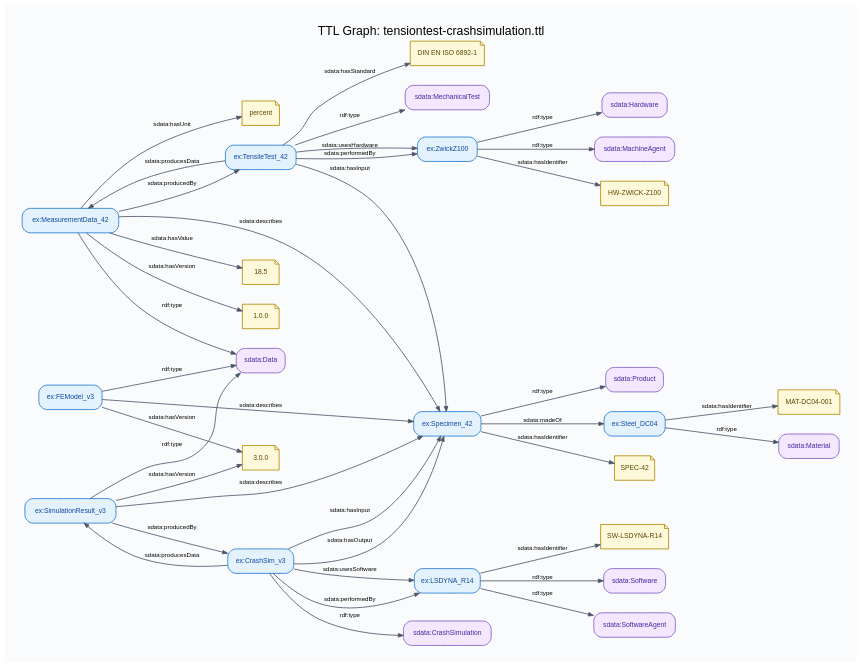
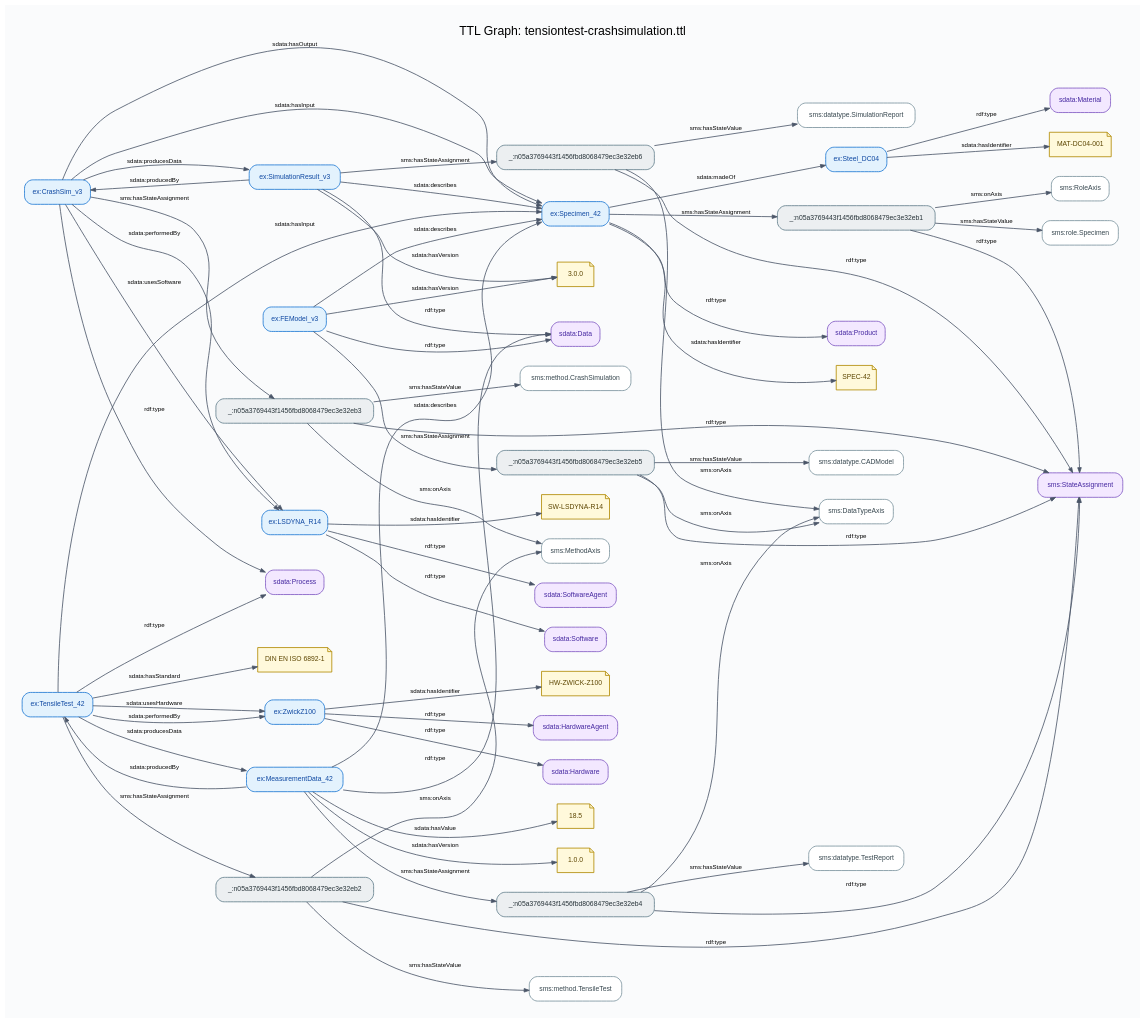
The diagram in docs/diagrams/tensiontest-crashsimulation-graph.dot (lepy/sdata-ontology), drawn with Graphviz before and after one commit. The commit also changed 44 other files, not shown here.

Commit message:
feat: migrate ontology to sdata-core v0.9.1 and refresh plots/docs

```diff
--- a/docs/diagrams/tensiontest-crashsimulation-graph.dot
+++ b/docs/diagrams/tensiontest-crashsimulation-graph.dot
@@ -26,25 +26,48 @@
 		fontsize=9,
 		penwidth=1.2
 	];
+	"uri::https://example.org/simulation/TensileTest_42"	[color="#1976D2",
+		fillcolor="#E3F2FD",
+		fontcolor="#0D47A1",
+		label="ex:TensileTest_42"];
 	"uri::https://example.org/simulation/MeasurementData_42"	[color="#1976D2",
 		fillcolor="#E3F2FD",
 		fontcolor="#0D47A1",
 		label="ex:MeasurementData_42"];
-	"lit::percent::::"	[color="#B08900",
+	"uri::https://example.org/simulation/TensileTest_42" -> "uri::https://example.org/simulation/MeasurementData_42"	[label="sdata:producesData"];
+	"lit::DIN EN ISO 6892-1::::"	[color="#B08900",
 		fillcolor="#FFF9DB",
 		fontcolor="#5C4500",
-		label=percent,
+		label="DIN EN ISO 6892-1",
 		shape=note];
-	"uri::https://example.org/simulation/MeasurementData_42" -> "lit::percent::::"	[label="sdata:hasUnit"];
-	"uri::https://example.org/simulation/TensileTest_42"	[color="#1976D2",
-		fillcolor="#E3F2FD",
-		fontcolor="#0D47A1",
-		label="ex:TensileTest_42"];
-	"uri::https://example.org/simulation/MeasurementData_42" -> "uri::https://example.org/simulation/TensileTest_42"	[label="sdata:producedBy"];
+	"uri::https://example.org/simulation/TensileTest_42" -> "lit::DIN EN ISO 6892-1::::"	[label="sdata:hasStandard"];
 	"uri::https://example.org/simulation/Specimen_42"	[color="#1976D2",
 		fillcolor="#E3F2FD",
 		fontcolor="#0D47A1",
 		label="ex:Specimen_42"];
+	"uri::https://example.org/simulation/TensileTest_42" -> "uri::https://example.org/simulation/Specimen_42"	[label="sdata:hasInput"];
+	"bnode::n05a3769443f1456fbd8068479ec3e32eb2"	[color="#607D8B",
+		fillcolor="#ECEFF1",
+		fontcolor="#263238",
+		label="_:n05a3769443f1456fbd8068479ec3e32eb2"];
+	"uri::https://example.org/simulation/TensileTest_42" -> "bnode::n05a3769443f1456fbd8068479ec3e32eb2"	[label="sms:hasStateAssignment"];
+	"uri::https://w3id.org/sdata/core/Process"	[color="#7E57C2",
+		fillcolor="#F3E8FF",
+		fontcolor="#4527A0",
+		label="sdata:Process"];
+	"uri::https://example.org/simulation/TensileTest_42" -> "uri::https://w3id.org/sdata/core/Process"	[label="rdf:type"];
+	"uri::https://example.org/simulation/ZwickZ100"	[color="#1976D2",
+		fillcolor="#E3F2FD",
+		fontcolor="#0D47A1",
+		label="ex:ZwickZ100"];
+	"uri::https://example.org/simulation/TensileTest_42" -> "uri::https://example.org/simulation/ZwickZ100"	[label="sdata:performedBy"];
+	"uri::https://example.org/simulation/TensileTest_42" -> "uri::https://example.org/simulation/ZwickZ100"	[label="sdata:usesHardware"];
+	"uri::https://example.org/simulation/MeasurementData_42" -> "uri::https://example.org/simulation/TensileTest_42"	[label="sdata:producedBy"];
+	"bnode::n05a3769443f1456fbd8068479ec3e32eb4"	[color="#607D8B",
+		fillcolor="#ECEFF1",
+		fontcolor="#263238",
+		label="_:n05a3769443f1456fbd8068479ec3e32eb4"];
+	"uri::https://example.org/simulation/MeasurementData_42" -> "bnode::n05a3769443f1456fbd8068479ec3e32eb4"	[label="sms:hasStateAssignment"];
 	"uri::https://example.org/simulation/MeasurementData_42" -> "uri::https://example.org/simulation/Specimen_42"	[label="sdata:describes"];
 	"uri::https://w3id.org/sdata/core/Data"	[color="#7E57C2",
 		fillcolor="#F3E8FF",
@@ -63,104 +86,121 @@
 		label="1.0.0",
 		shape=note];
 	"uri::https://example.org/simulation/MeasurementData_42" -> "lit::1.0.0::::"	[label="sdata:hasVersion"];
-	"uri::https://example.org/simulation/TensileTest_42" -> "uri::https://example.org/simulation/MeasurementData_42"	[label="sdata:producesData"];
-	"lit::DIN EN ISO 6892-1::::"	[color="#B08900",
+	"uri::https://w3id.org/sdata/material-state/StateAssignment"	[color="#7E57C2",
+		fillcolor="#F3E8FF",
+		fontcolor="#4527A0",
+		label="sms:StateAssignment"];
+	"bnode::n05a3769443f1456fbd8068479ec3e32eb4" -> "uri::https://w3id.org/sdata/material-state/StateAssignment"	[label="rdf:type"];
+	"uri::https://w3id.org/sdata/material-state/DataTypeAxis"	[color="#78909C",
+		fillcolor="#FFFFFF",
+		fontcolor="#37474F",
+		label="sms:DataTypeAxis"];
+	"bnode::n05a3769443f1456fbd8068479ec3e32eb4" -> "uri::https://w3id.org/sdata/material-state/DataTypeAxis"	[label="sms:onAxis"];
+	"uri::https://w3id.org/sdata/material-state/datatype.TestReport"	[color="#78909C",
+		fillcolor="#FFFFFF",
+		fontcolor="#37474F",
+		label="sms:datatype.TestReport"];
+	"bnode::n05a3769443f1456fbd8068479ec3e32eb4" -> "uri::https://w3id.org/sdata/material-state/datatype.TestReport"	[label="sms:hasStateValue"];
+	"bnode::n05a3769443f1456fbd8068479ec3e32eb6"	[color="#607D8B",
+		fillcolor="#ECEFF1",
+		fontcolor="#263238",
+		label="_:n05a3769443f1456fbd8068479ec3e32eb6"];
+	"uri::https://w3id.org/sdata/material-state/datatype.SimulationReport"	[color="#78909C",
+		fillcolor="#FFFFFF",
+		fontcolor="#37474F",
+		label="sms:datatype.SimulationReport"];
+	"bnode::n05a3769443f1456fbd8068479ec3e32eb6" -> "uri::https://w3id.org/sdata/material-state/datatype.SimulationReport"	[label="sms:hasStateValue"];
+	"bnode::n05a3769443f1456fbd8068479ec3e32eb6" -> "uri::https://w3id.org/sdata/material-state/StateAssignment"	[label="rdf:type"];
+	"bnode::n05a3769443f1456fbd8068479ec3e32eb6" -> "uri::https://w3id.org/sdata/material-state/DataTypeAxis"	[label="sms:onAxis"];
+	"bnode::n05a3769443f1456fbd8068479ec3e32eb5"	[color="#607D8B",
+		fillcolor="#ECEFF1",
+		fontcolor="#263238",
+		label="_:n05a3769443f1456fbd8068479ec3e32eb5"];
+	"bnode::n05a3769443f1456fbd8068479ec3e32eb5" -> "uri::https://w3id.org/sdata/material-state/StateAssignment"	[label="rdf:type"];
+	"bnode::n05a3769443f1456fbd8068479ec3e32eb5" -> "uri::https://w3id.org/sdata/material-state/DataTypeAxis"	[label="sms:onAxis"];
+	"uri::https://w3id.org/sdata/material-state/datatype.CADModel"	[color="#78909C",
+		fillcolor="#FFFFFF",
+		fontcolor="#37474F",
+		label="sms:datatype.CADModel"];
+	"bnode::n05a3769443f1456fbd8068479ec3e32eb5" -> "uri::https://w3id.org/sdata/material-state/datatype.CADModel"	[label="sms:hasStateValue"];
+	"uri::https://example.org/simulation/CrashSim_v3"	[color="#1976D2",
+		fillcolor="#E3F2FD",
+		fontcolor="#0D47A1",
+		label="ex:CrashSim_v3"];
+	"uri::https://example.org/simulation/LSDYNA_R14"	[color="#1976D2",
+		fillcolor="#E3F2FD",
+		fontcolor="#0D47A1",
+		label="ex:LSDYNA_R14"];
+	"uri::https://example.org/simulation/CrashSim_v3" -> "uri::https://example.org/simulation/LSDYNA_R14"	[label="sdata:usesSoftware"];
+	"uri::https://example.org/simulation/CrashSim_v3" -> "uri::https://example.org/simulation/LSDYNA_R14"	[label="sdata:performedBy"];
+	"uri::https://example.org/simulation/SimulationResult_v3"	[color="#1976D2",
+		fillcolor="#E3F2FD",
+		fontcolor="#0D47A1",
+		label="ex:SimulationResult_v3"];
+	"uri::https://example.org/simulation/CrashSim_v3" -> "uri::https://example.org/simulation/SimulationResult_v3"	[label="sdata:producesData"];
+	"uri::https://example.org/simulation/CrashSim_v3" -> "uri::https://example.org/simulation/Specimen_42"	[label="sdata:hasOutput"];
+	"uri::https://example.org/simulation/CrashSim_v3" -> "uri::https://example.org/simulation/Specimen_42"	[label="sdata:hasInput"];
+	"bnode::n05a3769443f1456fbd8068479ec3e32eb3"	[color="#607D8B",
+		fillcolor="#ECEFF1",
+		fontcolor="#263238",
+		label="_:n05a3769443f1456fbd8068479ec3e32eb3"];
+	"uri::https://example.org/simulation/CrashSim_v3" -> "bnode::n05a3769443f1456fbd8068479ec3e32eb3"	[label="sms:hasStateAssignment"];
+	"uri::https://example.org/simulation/CrashSim_v3" -> "uri::https://w3id.org/sdata/core/Process"	[label="rdf:type"];
+	"uri::https://w3id.org/sdata/core/Software"	[color="#7E57C2",
+		fillcolor="#F3E8FF",
+		fontcolor="#4527A0",
+		label="sdata:Software"];
+	"uri::https://example.org/simulation/LSDYNA_R14" -> "uri::https://w3id.org/sdata/core/Software"	[label="rdf:type"];
+	"lit::SW-LSDYNA-R14::::"	[color="#B08900",
 		fillcolor="#FFF9DB",
 		fontcolor="#5C4500",
-		label="DIN EN ISO 6892-1",
+		label="SW-LSDYNA-R14",
 		shape=note];
-	"uri::https://example.org/simulation/TensileTest_42" -> "lit::DIN EN ISO 6892-1::::"	[label="sdata:hasStandard"];
-	"uri::https://example.org/simulation/TensileTest_42" -> "uri::https://example.org/simulation/Specimen_42"	[label="sdata:hasInput"];
-	"uri::https://w3id.org/sdata/core/MechanicalTest"	[color="#7E57C2",
+	"uri::https://example.org/simulation/LSDYNA_R14" -> "lit::SW-LSDYNA-R14::::"	[label="sdata:hasIdentifier"];
+	"uri::https://w3id.org/sdata/core/SoftwareAgent"	[color="#7E57C2",
 		fillcolor="#F3E8FF",
 		fontcolor="#4527A0",
-		label="sdata:MechanicalTest"];
-	"uri::https://example.org/simulation/TensileTest_42" -> "uri::https://w3id.org/sdata/core/MechanicalTest"	[label="rdf:type"];
-	"uri::https://example.org/simulation/ZwickZ100"	[color="#1976D2",
+		label="sdata:SoftwareAgent"];
+	"uri::https://example.org/simulation/LSDYNA_R14" -> "uri::https://w3id.org/sdata/core/SoftwareAgent"	[label="rdf:type"];
+	"uri::https://example.org/simulation/SimulationResult_v3" -> "bnode::n05a3769443f1456fbd8068479ec3e32eb6"	[label="sms:hasStateAssignment"];
+	"uri::https://example.org/simulation/SimulationResult_v3" -> "uri::https://example.org/simulation/CrashSim_v3"	[label="sdata:producedBy"];
+	"lit::3.0.0::::"	[color="#B08900",
+		fillcolor="#FFF9DB",
+		fontcolor="#5C4500",
+		label="3.0.0",
+		shape=note];
+	"uri::https://example.org/simulation/SimulationResult_v3" -> "lit::3.0.0::::"	[label="sdata:hasVersion"];
+	"uri::https://example.org/simulation/SimulationResult_v3" -> "uri::https://example.org/simulation/Specimen_42"	[label="sdata:describes"];
+	"uri::https://example.org/simulation/SimulationResult_v3" -> "uri::https://w3id.org/sdata/core/Data"	[label="rdf:type"];
+	"uri::https://example.org/simulation/Steel_DC04"	[color="#1976D2",
 		fillcolor="#E3F2FD",
 		fontcolor="#0D47A1",
-		label="ex:ZwickZ100"];
-	"uri::https://example.org/simulation/TensileTest_42" -> "uri::https://example.org/simulation/ZwickZ100"	[label="sdata:performedBy"];
-	"uri::https://example.org/simulation/TensileTest_42" -> "uri::https://example.org/simulation/ZwickZ100"	[label="sdata:usesHardware"];
+		label="ex:Steel_DC04"];
+	"uri::https://example.org/simulation/Specimen_42" -> "uri::https://example.org/simulation/Steel_DC04"	[label="sdata:madeOf"];
 	"uri::https://w3id.org/sdata/core/Product"	[color="#7E57C2",
 		fillcolor="#F3E8FF",
 		fontcolor="#4527A0",
 		label="sdata:Product"];
 	"uri::https://example.org/simulation/Specimen_42" -> "uri::https://w3id.org/sdata/core/Product"	[label="rdf:type"];
-	"uri::https://example.org/simulation/Steel_DC04"	[color="#1976D2",
-		fillcolor="#E3F2FD",
-		fontcolor="#0D47A1",
-		label="ex:Steel_DC04"];
-	"uri::https://example.org/simulation/Specimen_42" -> "uri::https://example.org/simulation/Steel_DC04"	[label="sdata:madeOf"];
 	"lit::SPEC-42::::"	[color="#B08900",
 		fillcolor="#FFF9DB",
 		fontcolor="#5C4500",
 		label="SPEC-42",
 		shape=note];
 	"uri::https://example.org/simulation/Specimen_42" -> "lit::SPEC-42::::"	[label="sdata:hasIdentifier"];
-	"uri::https://example.org/simulation/SimulationResult_v3"	[color="#1976D2",
+	"bnode::n05a3769443f1456fbd8068479ec3e32eb1"	[color="#607D8B",
+		fillcolor="#ECEFF1",
+		fontcolor="#263238",
+		label="_:n05a3769443f1456fbd8068479ec3e32eb1"];
+	"uri::https://example.org/simulation/Specimen_42" -> "bnode::n05a3769443f1456fbd8068479ec3e32eb1"	[label="sms:hasStateAssignment"];
+	"uri::https://example.org/simulation/FEModel_v3"	[color="#1976D2",
 		fillcolor="#E3F2FD",
 		fontcolor="#0D47A1",
-		label="ex:SimulationResult_v3"];
-	"uri::https://example.org/simulation/SimulationResult_v3" -> "uri::https://example.org/simulation/Specimen_42"	[label="sdata:describes"];
-	"lit::3.0.0::::"	[color="#B08900",
-		fillcolor="#FFF9DB",
-		fontcolor="#5C4500",
-		label="3.0.0",
-		shape=note];
-	"uri::https://example.org/simulation/SimulationResult_v3" -> "lit::3.0.0::::"	[label="sdata:hasVersion"];
-	"uri::https://example.org/simulation/SimulationResult_v3" -> "uri::https://w3id.org/sdata/core/Data"	[label="rdf:type"];
-	"uri::https://example.org/simulation/CrashSim_v3"	[color="#1976D2",
-		fillcolor="#E3F2FD",
-		fontcolor="#0D47A1",
-		label="ex:CrashSim_v3"];
-	"uri::https://example.org/simulation/SimulationResult_v3" -> "uri::https://example.org/simulation/CrashSim_v3"	[label="sdata:producedBy"];
-	"uri::https://example.org/simulation/LSDYNA_R14"	[color="#1976D2",
-		fillcolor="#E3F2FD",
-		fontcolor="#0D47A1",
-		label="ex:LSDYNA_R14"];
-	"lit::SW-LSDYNA-R14::::"	[color="#B08900",
-		fillcolor="#FFF9DB",
-		fontcolor="#5C4500",
-		label="SW-LSDYNA-R14",
-		shape=note];
-	"uri::https://example.org/simulation/LSDYNA_R14" -> "lit::SW-LSDYNA-R14::::"	[label="sdata:hasIdentifier"];
-	"uri::https://w3id.org/sdata/core/Software"	[color="#7E57C2",
-		fillcolor="#F3E8FF",
-		fontcolor="#4527A0",
-		label="sdata:Software"];
-	"uri::https://example.org/simulation/LSDYNA_R14" -> "uri::https://w3id.org/sdata/core/Software"	[label="rdf:type"];
-	"uri::https://w3id.org/sdata/core/SoftwareAgent"	[color="#7E57C2",
-		fillcolor="#F3E8FF",
-		fontcolor="#4527A0",
-		label="sdata:SoftwareAgent"];
-	"uri::https://example.org/simulation/LSDYNA_R14" -> "uri::https://w3id.org/sdata/core/SoftwareAgent"	[label="rdf:type"];
-	"uri::https://example.org/simulation/CrashSim_v3" -> "uri::https://example.org/simulation/Specimen_42"	[label="sdata:hasOutput"];
-	"uri::https://example.org/simulation/CrashSim_v3" -> "uri::https://example.org/simulation/Specimen_42"	[label="sdata:hasInput"];
-	"uri::https://example.org/simulation/CrashSim_v3" -> "uri::https://example.org/simulation/SimulationResult_v3"	[label="sdata:producesData"];
-	"uri::https://example.org/simulation/CrashSim_v3" -> "uri::https://example.org/simulation/LSDYNA_R14"	[label="sdata:performedBy"];
-	"uri::https://example.org/simulation/CrashSim_v3" -> "uri::https://example.org/simulation/LSDYNA_R14"	[label="sdata:usesSoftware"];
-	"uri::https://w3id.org/sdata/core/CrashSimulation"	[color="#7E57C2",
-		fillcolor="#F3E8FF",
-		fontcolor="#4527A0",
-		label="sdata:CrashSimulation"];
-	"uri::https://example.org/simulation/CrashSim_v3" -> "uri::https://w3id.org/sdata/core/CrashSimulation"	[label="rdf:type"];
-	"uri::https://w3id.org/sdata/core/Hardware"	[color="#7E57C2",
-		fillcolor="#F3E8FF",
-		fontcolor="#4527A0",
-		label="sdata:Hardware"];
-	"uri::https://example.org/simulation/ZwickZ100" -> "uri::https://w3id.org/sdata/core/Hardware"	[label="rdf:type"];
-	"uri::https://w3id.org/sdata/core/MachineAgent"	[color="#7E57C2",
-		fillcolor="#F3E8FF",
-		fontcolor="#4527A0",
-		label="sdata:MachineAgent"];
-	"uri::https://example.org/simulation/ZwickZ100" -> "uri::https://w3id.org/sdata/core/MachineAgent"	[label="rdf:type"];
-	"lit::HW-ZWICK-Z100::::"	[color="#B08900",
-		fillcolor="#FFF9DB",
-		fontcolor="#5C4500",
-		label="HW-ZWICK-Z100",
-		shape=note];
-	"uri::https://example.org/simulation/ZwickZ100" -> "lit::HW-ZWICK-Z100::::"	[label="sdata:hasIdentifier"];
+		label="ex:FEModel_v3"];
+	"uri::https://example.org/simulation/FEModel_v3" -> "bnode::n05a3769443f1456fbd8068479ec3e32eb5"	[label="sms:hasStateAssignment"];
+	"uri::https://example.org/simulation/FEModel_v3" -> "lit::3.0.0::::"	[label="sdata:hasVersion"];
+	"uri::https://example.org/simulation/FEModel_v3" -> "uri::https://example.org/simulation/Specimen_42"	[label="sdata:describes"];
+	"uri::https://example.org/simulation/FEModel_v3" -> "uri::https://w3id.org/sdata/core/Data"	[label="rdf:type"];
 	"lit::MAT-DC04-001::::"	[color="#B08900",
 		fillcolor="#FFF9DB",
 		fontcolor="#5C4500",
@@ -172,11 +212,49 @@
 		fontcolor="#4527A0",
 		label="sdata:Material"];
 	"uri::https://example.org/simulation/Steel_DC04" -> "uri::https://w3id.org/sdata/core/Material"	[label="rdf:type"];
-	"uri::https://example.org/simulation/FEModel_v3"	[color="#1976D2",
-		fillcolor="#E3F2FD",
-		fontcolor="#0D47A1",
-		label="ex:FEModel_v3"];
-	"uri::https://example.org/simulation/FEModel_v3" -> "uri::https://example.org/simulation/Specimen_42"	[label="sdata:describes"];
-	"uri::https://example.org/simulation/FEModel_v3" -> "lit::3.0.0::::"	[label="sdata:hasVersion"];
-	"uri::https://example.org/simulation/FEModel_v3" -> "uri::https://w3id.org/sdata/core/Data"	[label="rdf:type"];
+	"bnode::n05a3769443f1456fbd8068479ec3e32eb2" -> "uri::https://w3id.org/sdata/material-state/StateAssignment"	[label="rdf:type"];
+	"uri::https://w3id.org/sdata/material-state/method.TensileTest"	[color="#78909C",
+		fillcolor="#FFFFFF",
+		fontcolor="#37474F",
+		label="sms:method.TensileTest"];
+	"bnode::n05a3769443f1456fbd8068479ec3e32eb2" -> "uri::https://w3id.org/sdata/material-state/method.TensileTest"	[label="sms:hasStateValue"];
+	"uri::https://w3id.org/sdata/material-state/MethodAxis"	[color="#78909C",
+		fillcolor="#FFFFFF",
+		fontcolor="#37474F",
+		label="sms:MethodAxis"];
+	"bnode::n05a3769443f1456fbd8068479ec3e32eb2" -> "uri::https://w3id.org/sdata/material-state/MethodAxis"	[label="sms:onAxis"];
+	"bnode::n05a3769443f1456fbd8068479ec3e32eb3" -> "uri::https://w3id.org/sdata/material-state/StateAssignment"	[label="rdf:type"];
+	"bnode::n05a3769443f1456fbd8068479ec3e32eb3" -> "uri::https://w3id.org/sdata/material-state/MethodAxis"	[label="sms:onAxis"];
+	"uri::https://w3id.org/sdata/material-state/method.CrashSimulation"	[color="#78909C",
+		fillcolor="#FFFFFF",
+		fontcolor="#37474F",
+		label="sms:method.CrashSimulation"];
+	"bnode::n05a3769443f1456fbd8068479ec3e32eb3" -> "uri::https://w3id.org/sdata/material-state/method.CrashSimulation"	[label="sms:hasStateValue"];
+	"uri::https://w3id.org/sdata/core/HardwareAgent"	[color="#7E57C2",
+		fillcolor="#F3E8FF",
+		fontcolor="#4527A0",
+		label="sdata:HardwareAgent"];
+	"uri::https://example.org/simulation/ZwickZ100" -> "uri::https://w3id.org/sdata/core/HardwareAgent"	[label="rdf:type"];
+	"uri::https://w3id.org/sdata/core/Hardware"	[color="#7E57C2",
+		fillcolor="#F3E8FF",
+		fontcolor="#4527A0",
+		label="sdata:Hardware"];
+	"uri::https://example.org/simulation/ZwickZ100" -> "uri::https://w3id.org/sdata/core/Hardware"	[label="rdf:type"];
+	"lit::HW-ZWICK-Z100::::"	[color="#B08900",
+		fillcolor="#FFF9DB",
+		fontcolor="#5C4500",
+		label="HW-ZWICK-Z100",
+		shape=note];
+	"uri::https://example.org/simulation/ZwickZ100" -> "lit::HW-ZWICK-Z100::::"	[label="sdata:hasIdentifier"];
+	"bnode::n05a3769443f1456fbd8068479ec3e32eb1" -> "uri::https://w3id.org/sdata/material-state/StateAssignment"	[label="rdf:type"];
+	"uri::https://w3id.org/sdata/material-state/role.Specimen"	[color="#78909C",
+		fillcolor="#FFFFFF",
+		fontcolor="#37474F",
+		label="sms:role.Specimen"];
+	"bnode::n05a3769443f1456fbd8068479ec3e32eb1" -> "uri::https://w3id.org/sdata/material-state/role.Specimen"	[label="sms:hasStateValue"];
+	"uri::https://w3id.org/sdata/material-state/RoleAxis"	[color="#78909C",
+		fillcolor="#FFFFFF",
+		fontcolor="#37474F",
+		label="sms:RoleAxis"];
+	"bnode::n05a3769443f1456fbd8068479ec3e32eb1" -> "uri::https://w3id.org/sdata/material-state/RoleAxis"	[label="sms:onAxis"];
 }
```
